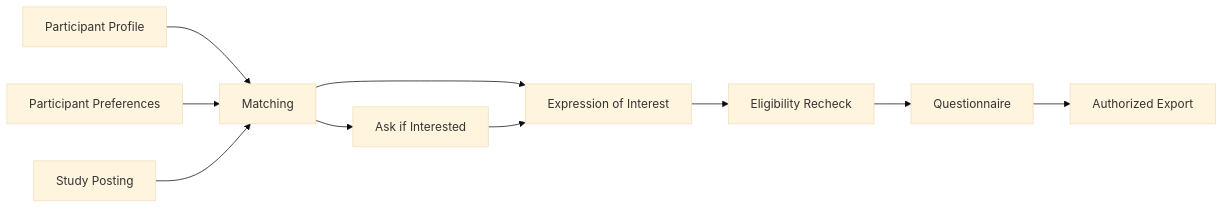
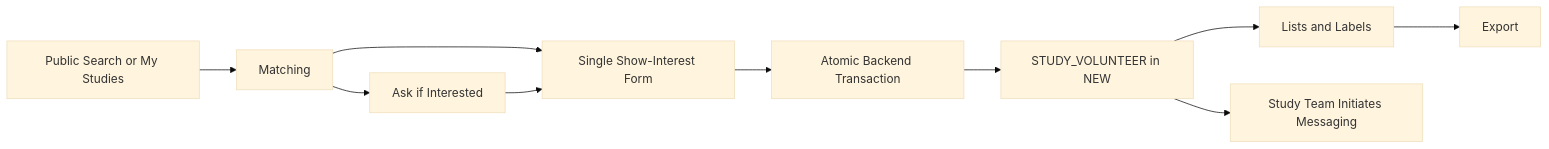
The diagram in docs/06-recruitment/index.md (umich-michr/yhr-context), drawn with Mermaid (base theme) before and after one commit. The commit also changed other lines of this file and 79 other files, not shown here.

````diff
--- a/docs/06-recruitment/index.md
+++ b/docs/06-recruitment/index.md
@@ -23,22 +22,22 @@
 ```mermaid
 flowchart LR
-    PROFILE[Participant Profile]
-    PREF[Participant Preferences]
-    STUDY[Study Posting]
+    SEARCH[Public Search or My Studies]
     MATCH[Matching]
     PROMPT[Ask if Interested]
-    INTEREST[Expression of Interest]
-    RECHECK[Eligibility Recheck]
-    QUESTION[Questionnaire]
-    EXPORT[Authorized Export]
+    FORM[Single Show-Interest Form]
+    TX[Atomic Backend Transaction]
+    INTEREST[STUDY_VOLUNTEER in NEW]
+    MANAGE[Lists and Labels]
+    MESSAGE[Study Team Initiates Messaging]
+    EXPORT[Export]
 
-    PROFILE --> MATCH
-    PREF --> MATCH
-    STUDY --> MATCH
+    SEARCH --> MATCH
     MATCH --> PROMPT
-    MATCH --> INTEREST
-    PROMPT --> INTEREST
-    INTEREST --> RECHECK
-    RECHECK --> QUESTION
-    QUESTION --> EXPORT
+    MATCH --> FORM
+    PROMPT --> FORM
+    FORM --> TX
+    TX --> INTEREST
+    INTEREST --> MANAGE
+    INTEREST --> MESSAGE
+    MANAGE --> EXPORT
 ```
````
